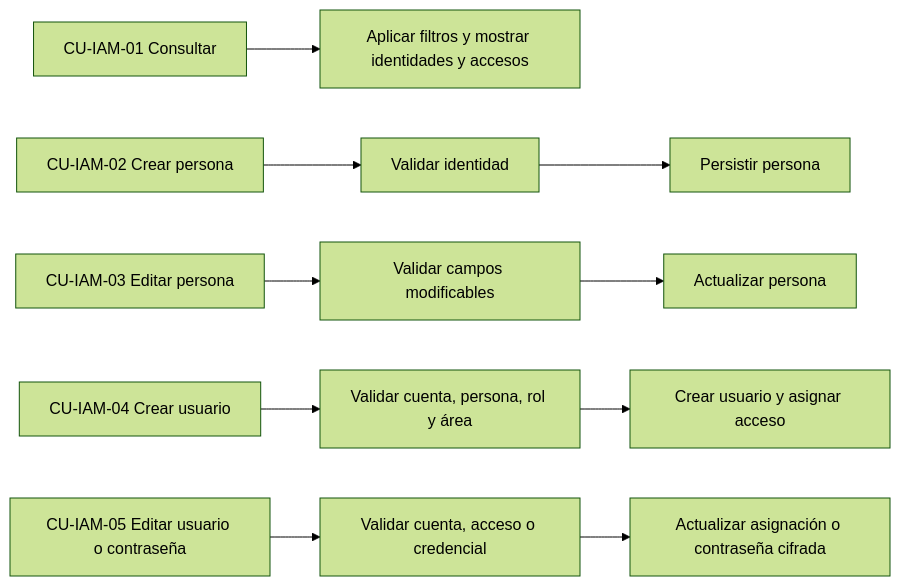
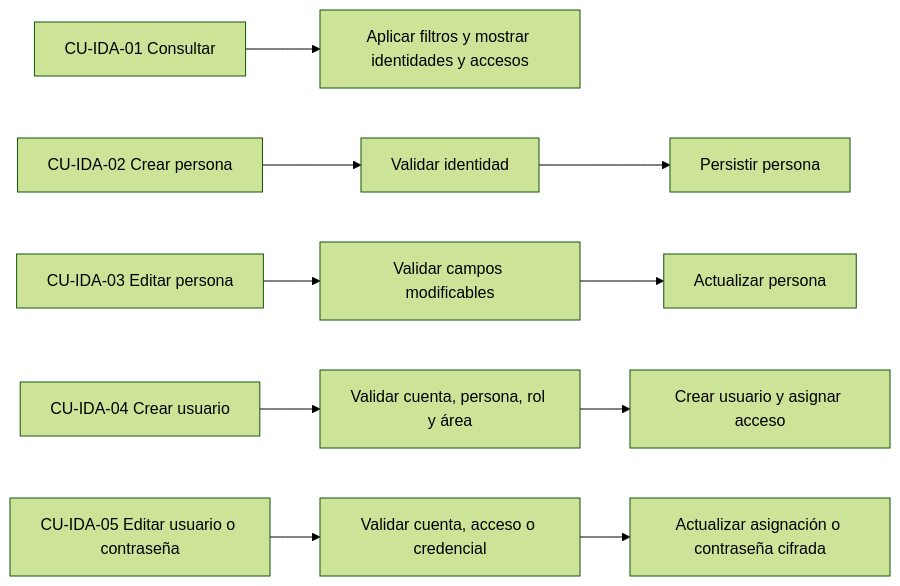
One commit to gpgsistemas01/nexus changed the third of 15 diagrams in docs/requirements/requirements-diagrams.md. Above: the diagram before and after it, drawn with Mermaid (forest theme). The commit also changed other lines of this file and 12 other files, not shown here.

````diff
--- a/docs/requirements/requirements-diagrams.md
+++ b/docs/requirements/requirements-diagrams.md
@@ -109,8 +110,8 @@
 ```mermaid
 flowchart LR
-    iam01["CU-IAM-01 Consultar"] --> iam01q["Aplicar filtros y mostrar identidades y accesos"]
-    iam02["CU-IAM-02 Crear persona"] --> iam02v["Validar identidad"] --> iam02p["Persistir persona"]
-    iam03["CU-IAM-03 Editar persona"] --> iam03v["Validar campos modificables"] --> iam03p["Actualizar persona"]
-    iam04["CU-IAM-04 Crear usuario"] --> iam04v["Validar cuenta, persona, rol y área"] --> iam04p["Crear usuario y asignar acceso"]
-    iam05["CU-IAM-05 Editar usuario o contraseña"] --> iam05v["Validar cuenta, acceso o credencial"] --> iam05p["Actualizar asignación o contraseña cifrada"]
+    iam01["CU-IDA-01 Consultar"] --> iam01q["Aplicar filtros y mostrar identidades y accesos"]
+    iam02["CU-IDA-02 Crear persona"] --> iam02v["Validar identidad"] --> iam02p["Persistir persona"]
+    iam03["CU-IDA-03 Editar persona"] --> iam03v["Validar campos modificables"] --> iam03p["Actualizar persona"]
+    iam04["CU-IDA-04 Crear usuario"] --> iam04v["Validar cuenta, persona, rol y área"] --> iam04p["Crear usuario y asignar acceso"]
+    iam05["CU-IDA-05 Editar usuario o contraseña"] --> iam05v["Validar cuenta, acceso o credencial"] --> iam05p["Actualizar asignación o contraseña cifrada"]
 ```
````
